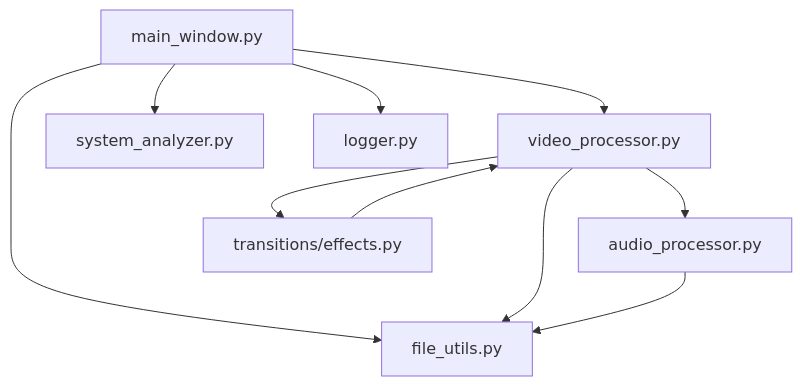
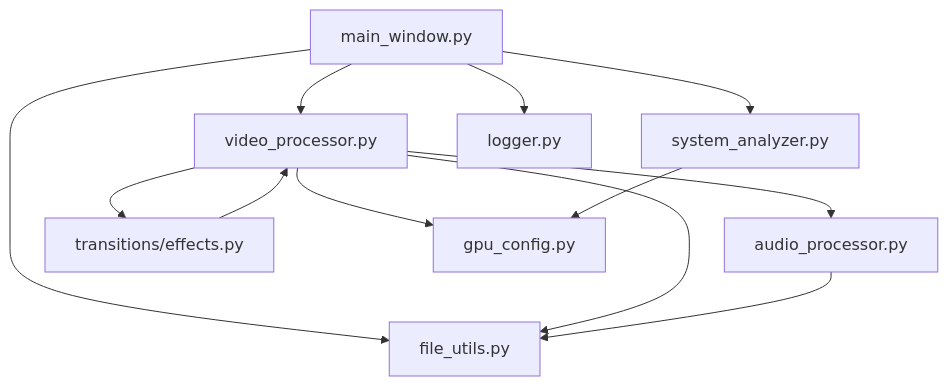
The diagram in design.md (OmarAlite946/video_mix), drawn with Mermaid before and after one commit. The commit also changed other lines of this file and 13 other files, not shown here.

````diff
--- a/design.md
+++ b/design.md
@@ -43,12 +44,14 @@
 ```mermaid
 graph TD
     A[main_window.py] --> B[video_processor.py]
     B --> C[audio_processor.py]
     B --> D[transitions/effects.py]
     A --> E[file_utils.py]
     B --> E
     A --> F[system_analyzer.py]
     A --> G[logger.py]
     C --> E
     D --> B
+    B --> H[gpu_config.py]
+    F --> H
 ```
````
